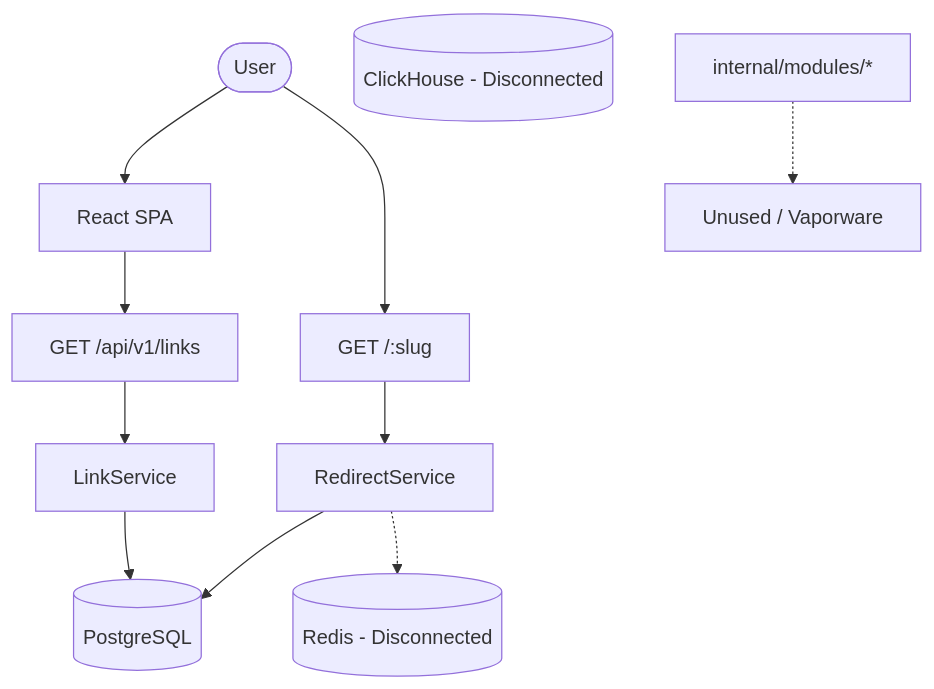
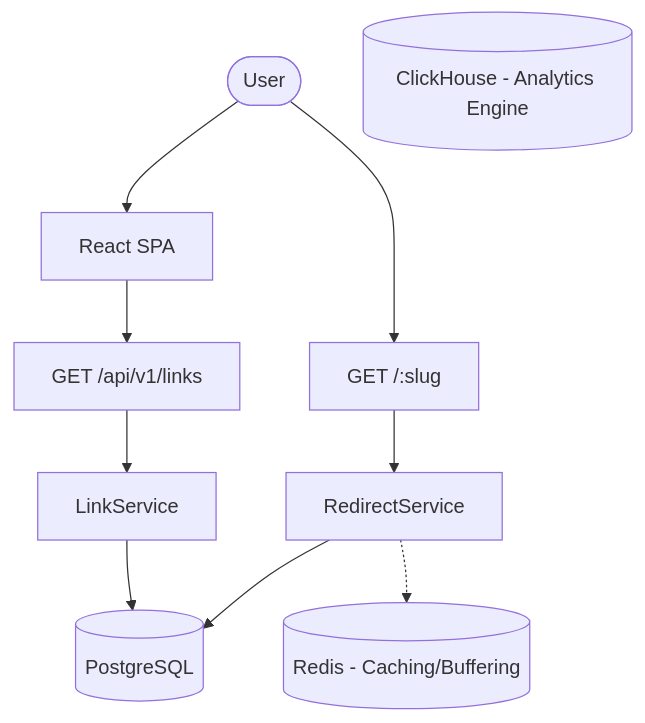
Before and after one commit to 6sLOGAN78/Flux: the diagram in docs/ARCHITECTURE.md, drawn with Mermaid. The commit also changed other lines of this file and 59 other files, not shown here.

Commit message:
docs: finalize phase 14 roadmap and resolve all verification tasks

````diff
--- a/docs/ARCHITECTURE.md
+++ b/docs/ARCHITECTURE.md
@@ -10,17 +10,15 @@
 ```mermaid
 graph TD
     User([User]) --> Frontend[React SPA]
     User --> Redirect[GET /:slug]
     Frontend --> API[GET /api/v1/links]
     
     API --> LinkSvc[LinkService]
     Redirect --> RedirSvc[RedirectService]
     
     LinkSvc --> Postgres[(PostgreSQL)]
     RedirSvc --> Postgres
     
-    RedirSvc -.-> Redis[(Redis - Disconnected)]
-    ClickHouse[(ClickHouse - Disconnected)]
-    
-    Modules[internal/modules/*] -.-> Nowhere[Unused / Vaporware]
+    RedirSvc -.-> Redis[(Redis - Caching/Buffering)]
+    ClickHouse[(ClickHouse - Analytics Engine)]
 ```
````
